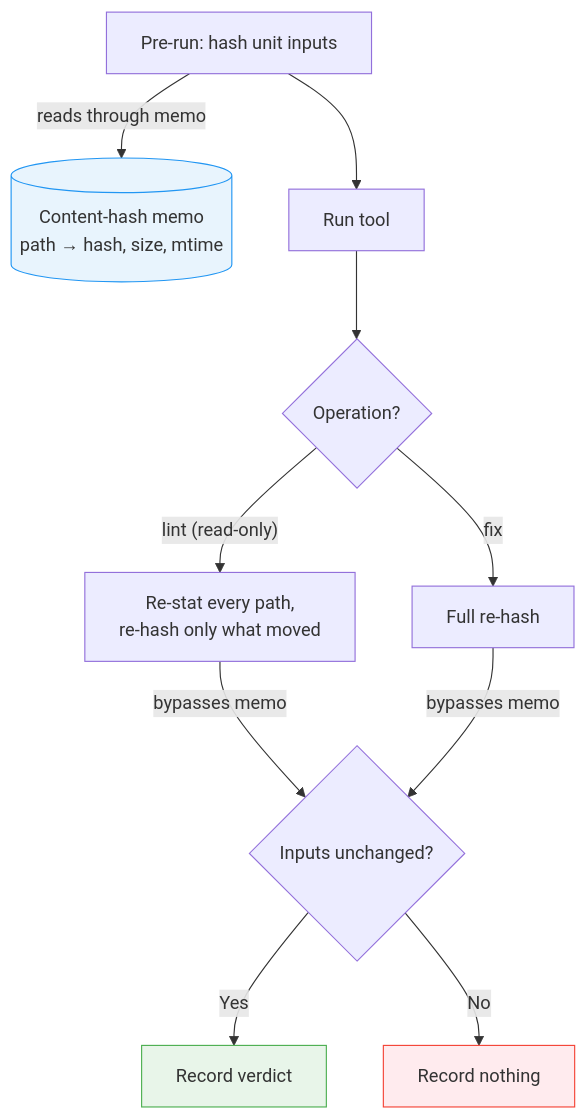
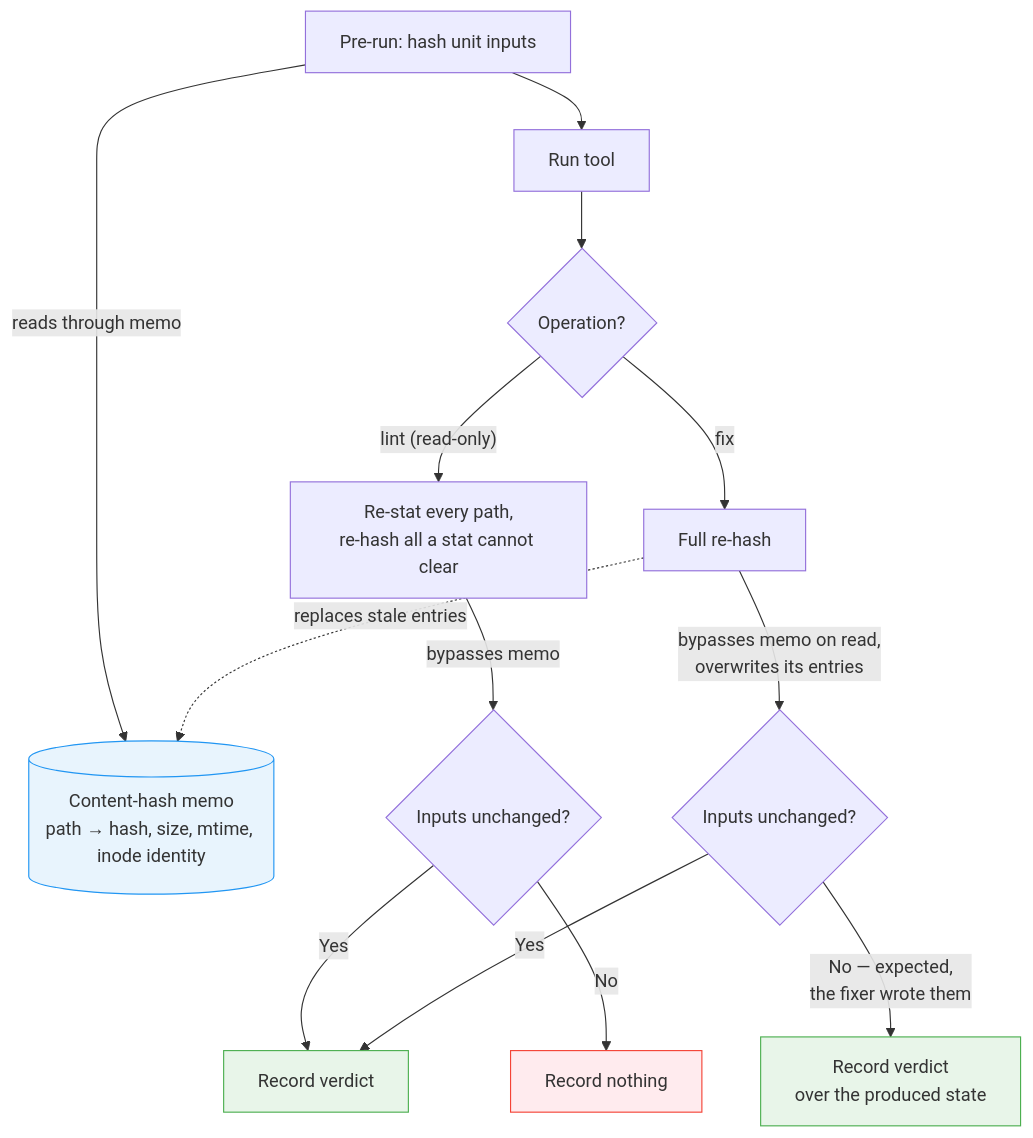
The second of 2 diagrams in website/docs/guides/architecture/caching.md (datamitsu/datamitsu), drawn with Mermaid before and after one commit. The commit also changed other lines of this file and 30 other files, not shown here.

````diff
--- a/website/docs/guides/architecture/caching.md
+++ b/website/docs/guides/architecture/caching.md
@@ -172,16 +201,20 @@
 ```mermaid
 graph TD
-    P["Pre-run: hash unit inputs"] -->|"reads through memo"| M[("Content-hash memo<br/>path → hash, size, mtime")]
+    P["Pre-run: hash unit inputs"] -->|"reads through memo"| M[("Content-hash memo<br/>path → hash, size, mtime, inode identity")]
     P --> R["Run tool"]
     R --> Q{"Operation?"}
-    Q -->|"lint (read-only)"| S["Re-stat every path,<br/>re-hash only what moved"]
+    Q -->|"lint (read-only)"| S["Re-stat every path,<br/>re-hash all a stat cannot clear"]
     Q -->|"fix"| F["Full re-hash"]
     S -->|"bypasses memo"| D{"Inputs unchanged?"}
-    F -->|"bypasses memo"| D
+    F -->|"bypasses memo on read,<br/>overwrites its entries"| G{"Inputs unchanged?"}
+    F -.->|"replaces stale entries"| M
     D -->|"Yes"| W["Record verdict"]
     D -->|"No"| N["Record nothing"]
+    G -->|"Yes"| W
+    G -->|"No — expected,<br/>the fixer wrote them"| V["Record verdict<br/>over the produced state"]
 
     style M fill:#e8f4fd,stroke:#2196f3
     style W fill:#e8f5e9,stroke:#4caf50
+    style V fill:#e8f5e9,stroke:#4caf50
     style N fill:#ffebee,stroke:#f44336
 ```
````
